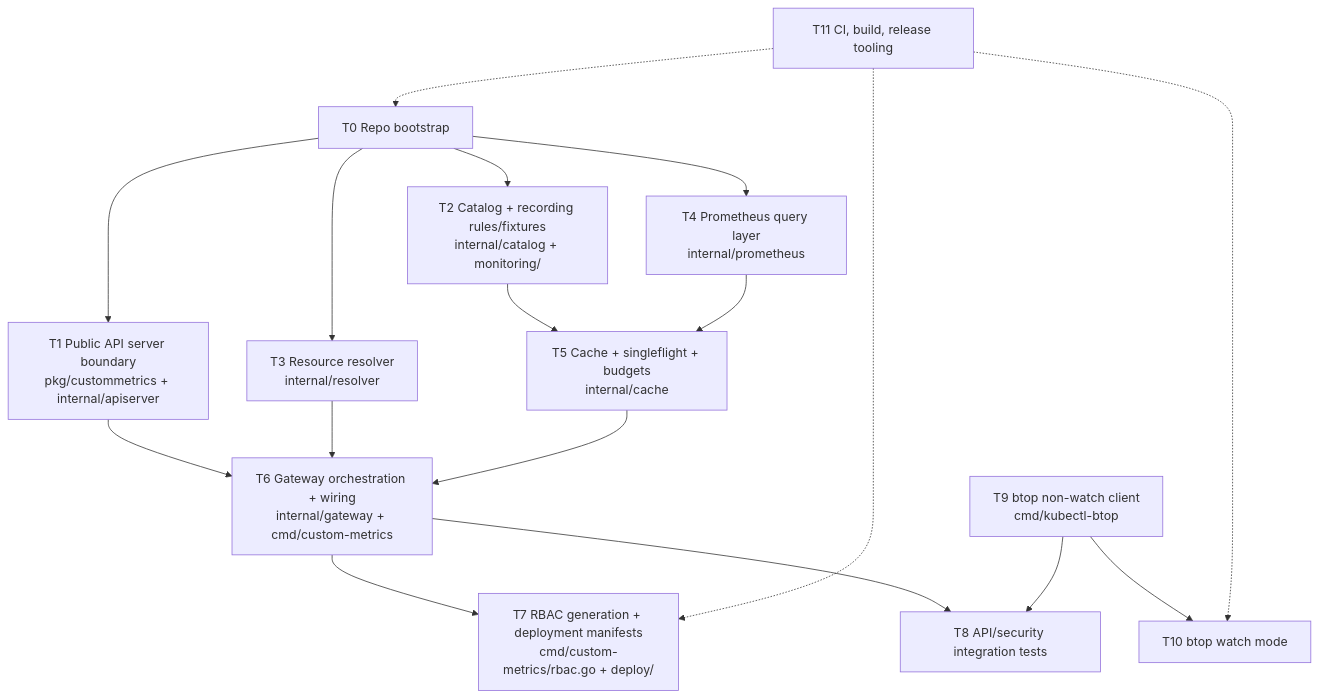
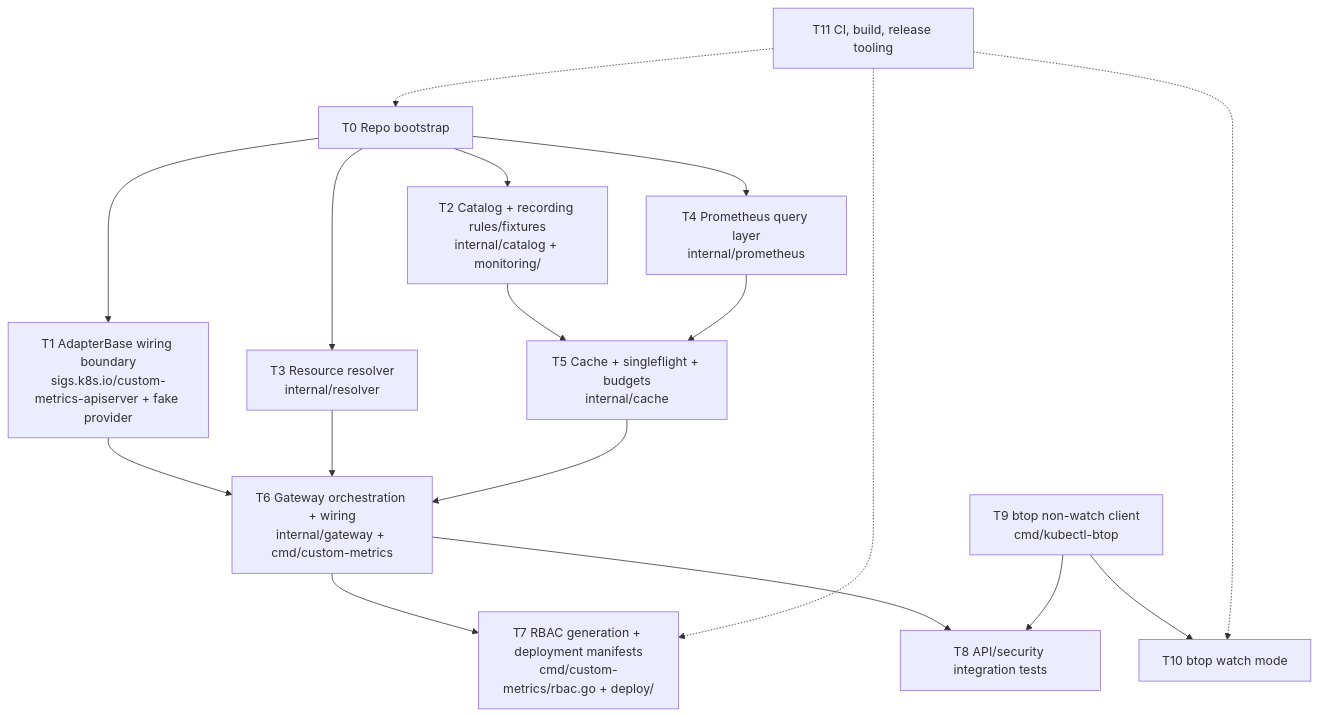
One commit to sergelogvinov/kubernetes-custom-metrics changed the diagram in docs/plan.md. Above: the diagram before and after it, drawn with Mermaid. The commit also changed other lines of this file and 4 other files, not shown here.

````diff
--- a/docs/plan.md
+++ b/docs/plan.md
@@ -15,26 +15,26 @@
 ```mermaid
 flowchart TD
     T0[T0 Repo bootstrap] --> T1
     T0 --> T2
     T0 --> T3
     T0 --> T4
 
-    T1[T1 Public API server boundary<br/>pkg/custommetrics + internal/apiserver] --> T6
+    T1[T1 AdapterBase wiring boundary<br/>sigs.k8s.io/custom-metrics-apiserver + fake provider] --> T6
     T2[T2 Catalog + recording rules/fixtures<br/>internal/catalog + monitoring/] --> T5
     T3[T3 Resource resolver<br/>internal/resolver] --> T6
     T4[T4 Prometheus query layer<br/>internal/prometheus] --> T5
     T5[T5 Cache + singleflight + budgets<br/>internal/cache] --> T6
     T6[T6 Gateway orchestration + wiring<br/>internal/gateway + cmd/custom-metrics] --> T7
     T6 --> T8
 
     T7[T7 RBAC generation + deployment manifests<br/>cmd/custom-metrics/rbac.go + deploy/]
     T8[T8 API/security integration tests]
 
     T9[T9 btop non-watch client<br/>cmd/kubectl-btop] --> T10
     T9 --> T8
     T10[T10 btop watch mode]
 
     T11[T11 CI, build, release tooling] -.-> T0
     T11 -.-> T7
     T11 -.-> T10
 ```
````
